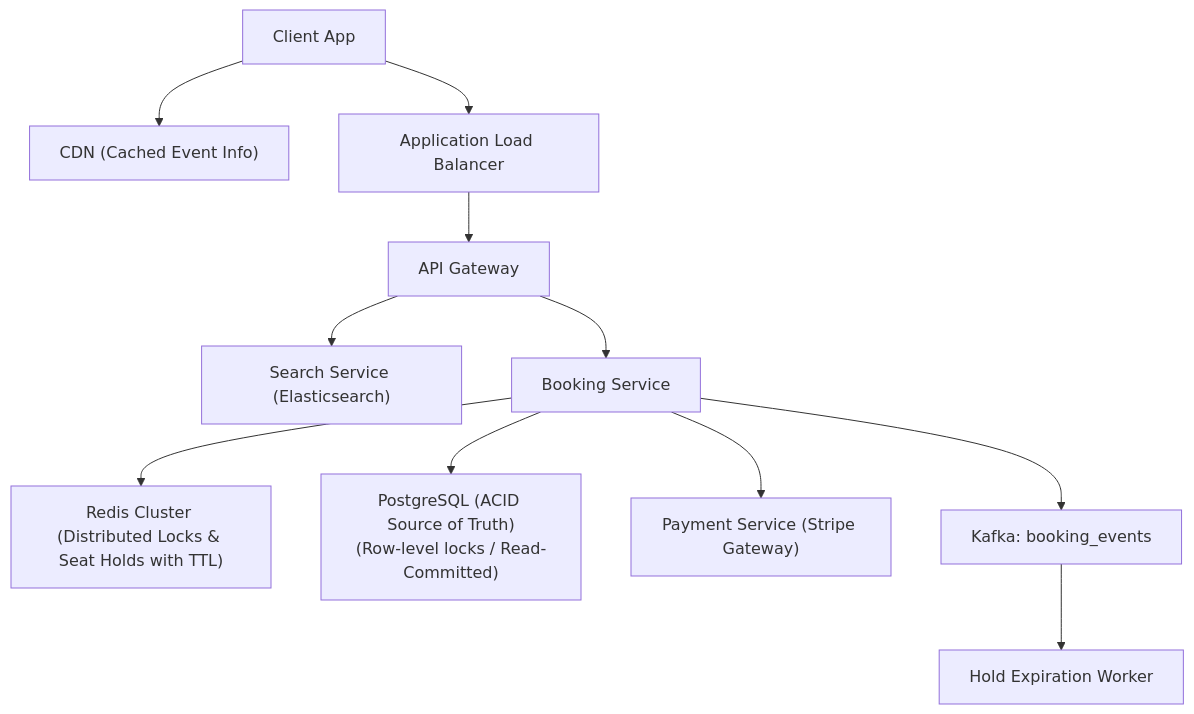
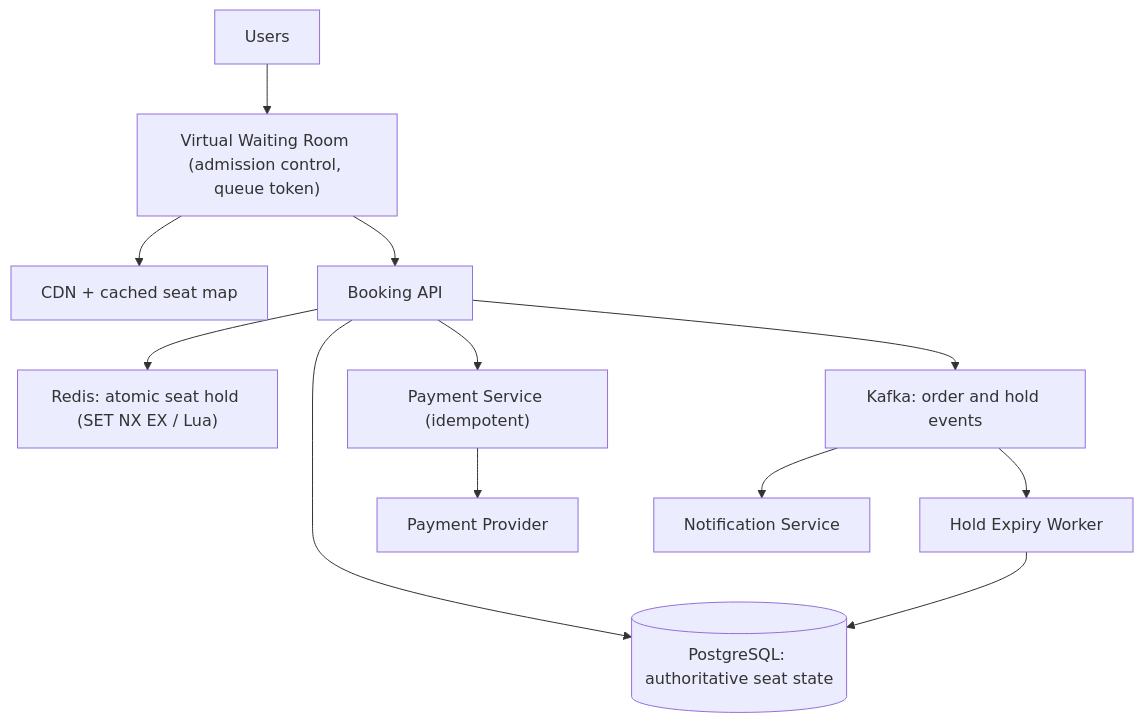
Before and after one commit to reddykarthikeya1/AI-Systems-Mastery: the diagram in 03-High-Level-Design/systems/02-ticketing-system-hotel-reservation.md, drawn with Mermaid. The commit also changed other lines of this file and 9 other files, not shown here.

Commit message:
content(hld): expand 10 case studies with estimates (runnable), API, data model, failure modes, trade-offs, interview timeline

````diff
--- a/03-High-Level-Design/systems/02-ticketing-system-hotel-reservation.md
+++ b/03-High-Level-Design/systems/02-ticketing-system-hotel-reservation.md
@@ -25,16 +48,14 @@
 ```mermaid
 flowchart TD
-    Client["Client App"] --> CDN["CDN (Cached Event Info)"]
-    Client --> ALB["Application Load Balancer"]
-    ALB --> Gateway["API Gateway"]
-    
-    Gateway --> SearchSvc["Search Service (Elasticsearch)"]
-    Gateway --> BookingSvc["Booking Service"]
-    
-    BookingSvc --> RedisLock["Redis Cluster (Distributed Locks & Seat Holds with TTL)"]
-    BookingSvc --> RDBMS["PostgreSQL (ACID Source of Truth)<br/>(Row-level locks / Read-Committed)"]
-    BookingSvc --> PaymentSvc["Payment Service (Stripe Gateway)"]
-    
-    BookingSvc --> Kafka["Kafka: booking_events"]
-    Kafka --> TimeoutWorker["Hold Expiration Worker"]
+    U["Users"] --> WR["Virtual Waiting Room (admission control, queue token)"]
+    WR --> CDN["CDN + cached seat map"]
+    WR --> API["Booking API"]
+    API --> Redis["Redis: atomic seat hold (SET NX EX / Lua)"]
+    API --> DB[("PostgreSQL: authoritative seat state")]
+    API --> Pay["Payment Service (idempotent)"]
+    Pay --> PSP["Payment Provider"]
+    API --> Q["Kafka: order and hold events"]
+    Q --> Mail["Notification Service"]
+    Q --> Exp["Hold Expiry Worker"]
+    Exp --> DB
 ```
````
